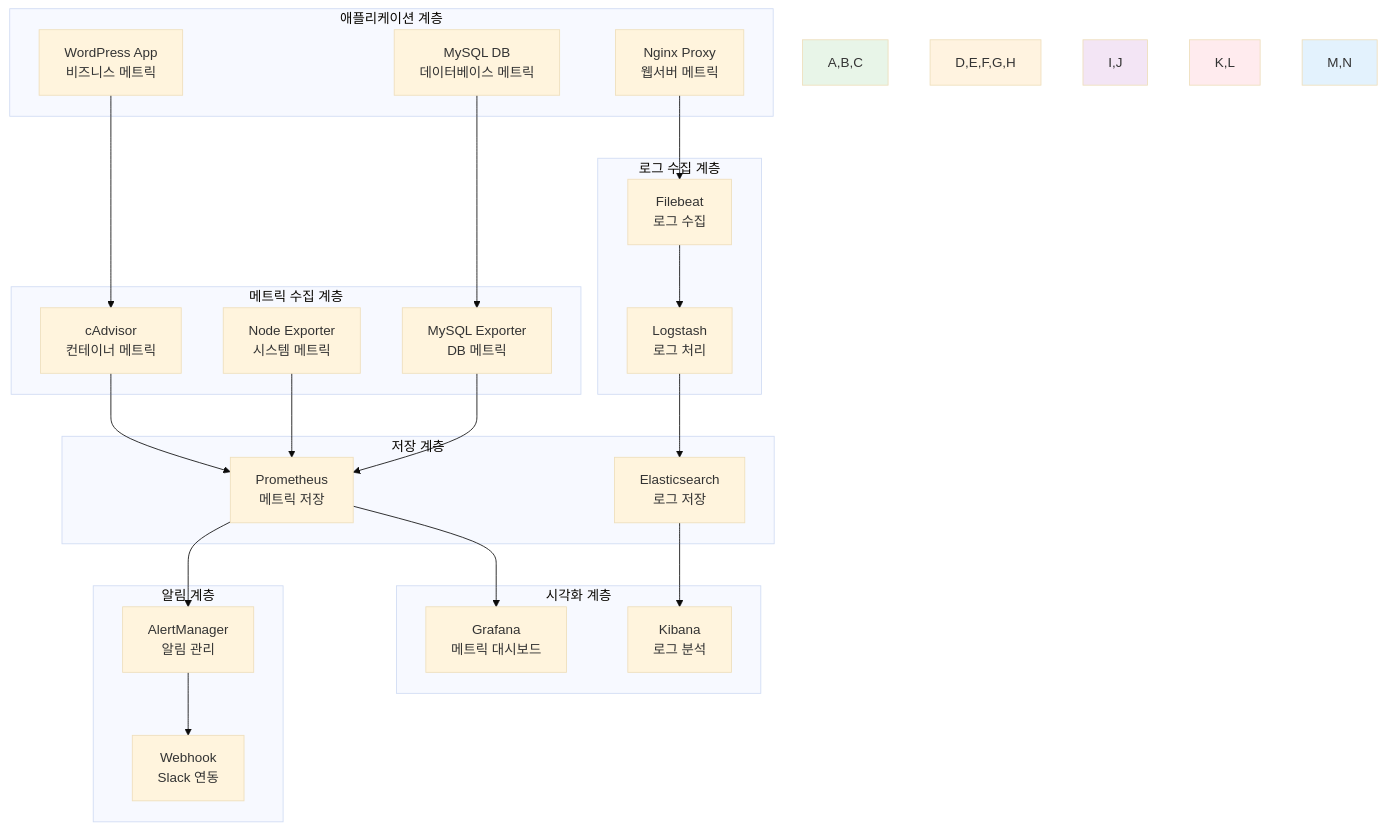
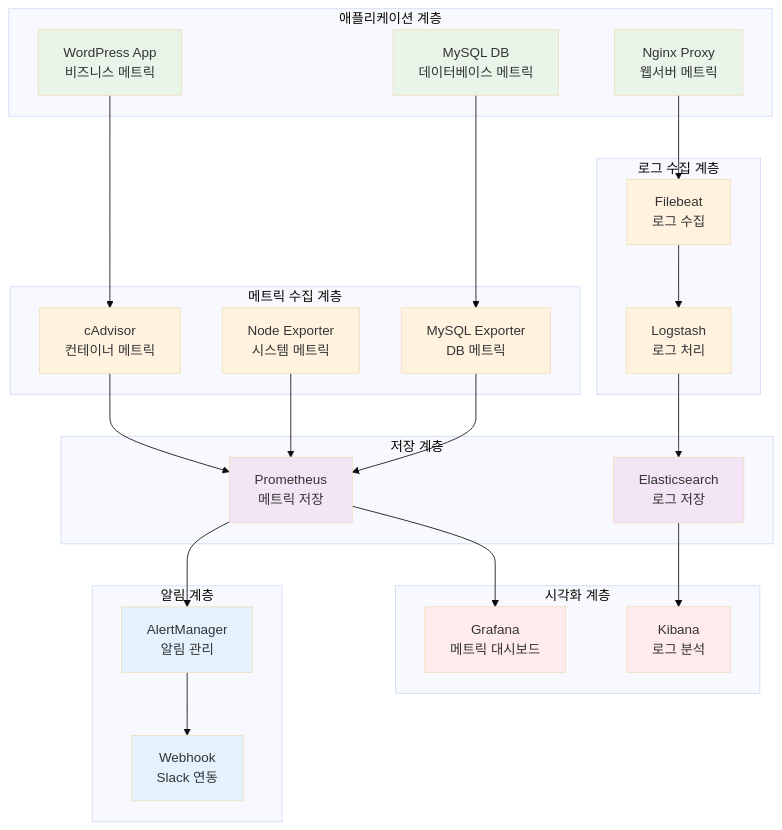
Before and after one commit to niceguy61/kdt_devops_lecture_2025: the diagram in theory/week_02/day3/lab_1.md, drawn with Mermaid (base theme). The commit also changed 63 other files, not shown here.

````diff
--- a/theory/week_02/day3/lab_1.md
+++ b/theory/week_02/day3/lab_1.md
@@ -29,53 +29,62 @@
 ```mermaid
 graph TB
     subgraph "애플리케이션 계층"
         A[WordPress App<br/>비즈니스 메트릭]
         B[MySQL DB<br/>데이터베이스 메트릭]
         C[Nginx Proxy<br/>웹서버 메트릭]
     end
     
     subgraph "메트릭 수집 계층"
         D[cAdvisor<br/>컨테이너 메트릭]
         E[Node Exporter<br/>시스템 메트릭]
         F[MySQL Exporter<br/>DB 메트릭]
     end
     
     subgraph "로그 수집 계층"
         G[Filebeat<br/>로그 수집]
         H[Logstash<br/>로그 처리]
     end
     
     subgraph "저장 계층"
         I[Prometheus<br/>메트릭 저장]
         J[Elasticsearch<br/>로그 저장]
     end
     
     subgraph "시각화 계층"
         K[Grafana<br/>메트릭 대시보드]
         L[Kibana<br/>로그 분석]
     end
     
     subgraph "알림 계층"
         M[AlertManager<br/>알림 관리]
         N[Webhook<br/>Slack 연동]
     end
     
     A --> D
     B --> F
     C --> G
     D --> I
     E --> I
     F --> I
     G --> H
     H --> J
     I --> K
     I --> M
     J --> L
     M --> N
     
-    style A,B,C fill:#e8f5e8
-    style D,E,F,G,H fill:#fff3e0
-    style I,J fill:#f3e5f5
-    style K,L fill:#ffebee
-    style M,N fill:#e3f2fd
+    style A fill:#e8f5e8
+    style B fill:#e8f5e8
+    style C fill:#e8f5e8
+    style D fill:#fff3e0
+    style E fill:#fff3e0
+    style F fill:#fff3e0
+    style G fill:#fff3e0
+    style H fill:#fff3e0
+    style I fill:#f3e5f5
+    style J fill:#f3e5f5
+    style K fill:#ffebee
+    style L fill:#ffebee
+    style M fill:#e3f2fd
+    style N fill:#e3f2fd
 ```
````
